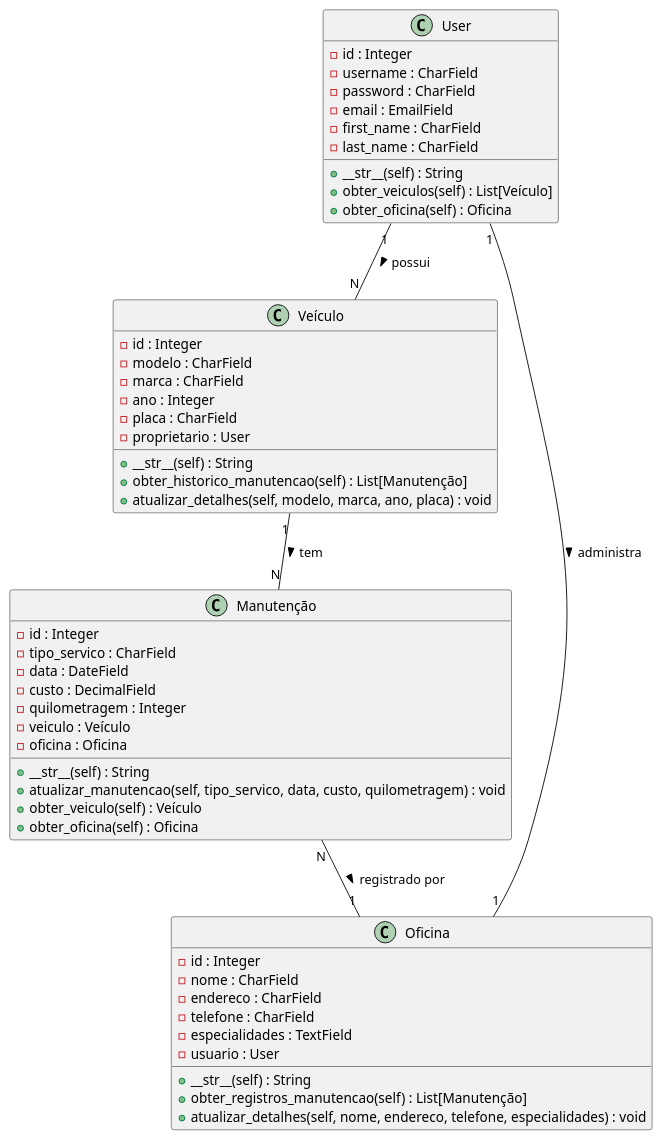
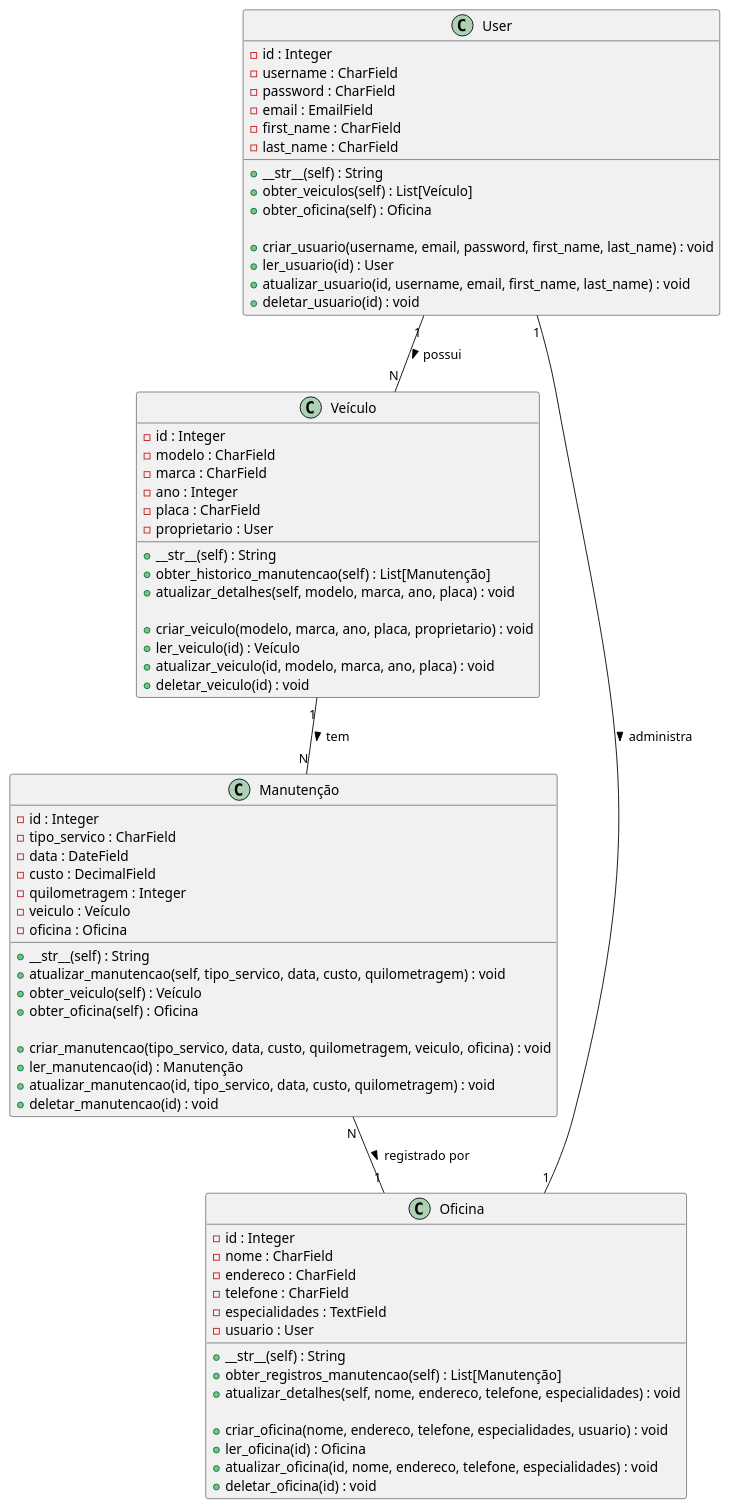
One commit to jeanbar1/AutoMan changed the diagram in diagrama/diagrama.puml. Above: the diagram before and after it, drawn with PlantUML. The commit also changed 1 other file, not shown here.

Commit message:
modificando o diagrama que eu tinha esquecido kk

```diff
--- a/diagrama/diagrama.puml
+++ b/diagrama/diagrama.puml
@@ -1,58 +1,78 @@
-"@startuml diagrama"
+@startuml diagrama
 
 class User {
     - id : Integer
     - username : CharField
     - password : CharField
     - email : EmailField
     - first_name : CharField
     - last_name : CharField
     + __str__(self) : String
     + obter_veiculos(self) : List[Veículo]
     + obter_oficina(self) : Oficina
+
+    + criar_usuario(username, email, password, first_name, last_name) : void
+    + ler_usuario(id) : User
+    + atualizar_usuario(id, username, email, first_name, last_name) : void
+    + deletar_usuario(id) : void
 }
 
 class Veículo {
     - id : Integer
     - modelo : CharField
     - marca : CharField
     - ano : Integer
     - placa : CharField
     - proprietario : User
     + __str__(self) : String
     + obter_historico_manutencao(self) : List[Manutenção]
     + atualizar_detalhes(self, modelo, marca, ano, placa) : void
+
+    + criar_veiculo(modelo, marca, ano, placa, proprietario) : void
+    + ler_veiculo(id) : Veículo
+    + atualizar_veiculo(id, modelo, marca, ano, placa) : void
+    + deletar_veiculo(id) : void
 }
 
 class Manutenção {
     - id : Integer
     - tipo_servico : CharField
     - data : DateField
     - custo : DecimalField
     - quilometragem : Integer
     - veiculo : Veículo
     - oficina : Oficina
     + __str__(self) : String
     + atualizar_manutencao(self, tipo_servico, data, custo, quilometragem) : void
     + obter_veiculo(self) : Veículo
     + obter_oficina(self) : Oficina
+
+    + criar_manutencao(tipo_servico, data, custo, quilometragem, veiculo, oficina) : void
+    + ler_manutencao(id) : Manutenção
+    + atualizar_manutencao(id, tipo_servico, data, custo, quilometragem) : void
+    + deletar_manutencao(id) : void
 }
 
 class Oficina {
     - id : Integer
     - nome : CharField
     - endereco : CharField
     - telefone : CharField
     - especialidades : TextField
     - usuario : User
     + __str__(self) : String
     + obter_registros_manutencao(self) : List[Manutenção]
     + atualizar_detalhes(self, nome, endereco, telefone, especialidades) : void
+
+    + criar_oficina(nome, endereco, telefone, especialidades, usuario) : void
+    + ler_oficina(id) : Oficina
+    + atualizar_oficina(id, nome, endereco, telefone, especialidades) : void
+    + deletar_oficina(id) : void
 }
 
 User "1" -- "N" Veículo : possui >
 Veículo "1" -- "N" Manutenção : tem >
 Manutenção "N" -- "1" Oficina : registrado por >
 User "1" -- "1" Oficina : administra >
 
 @enduml
```
